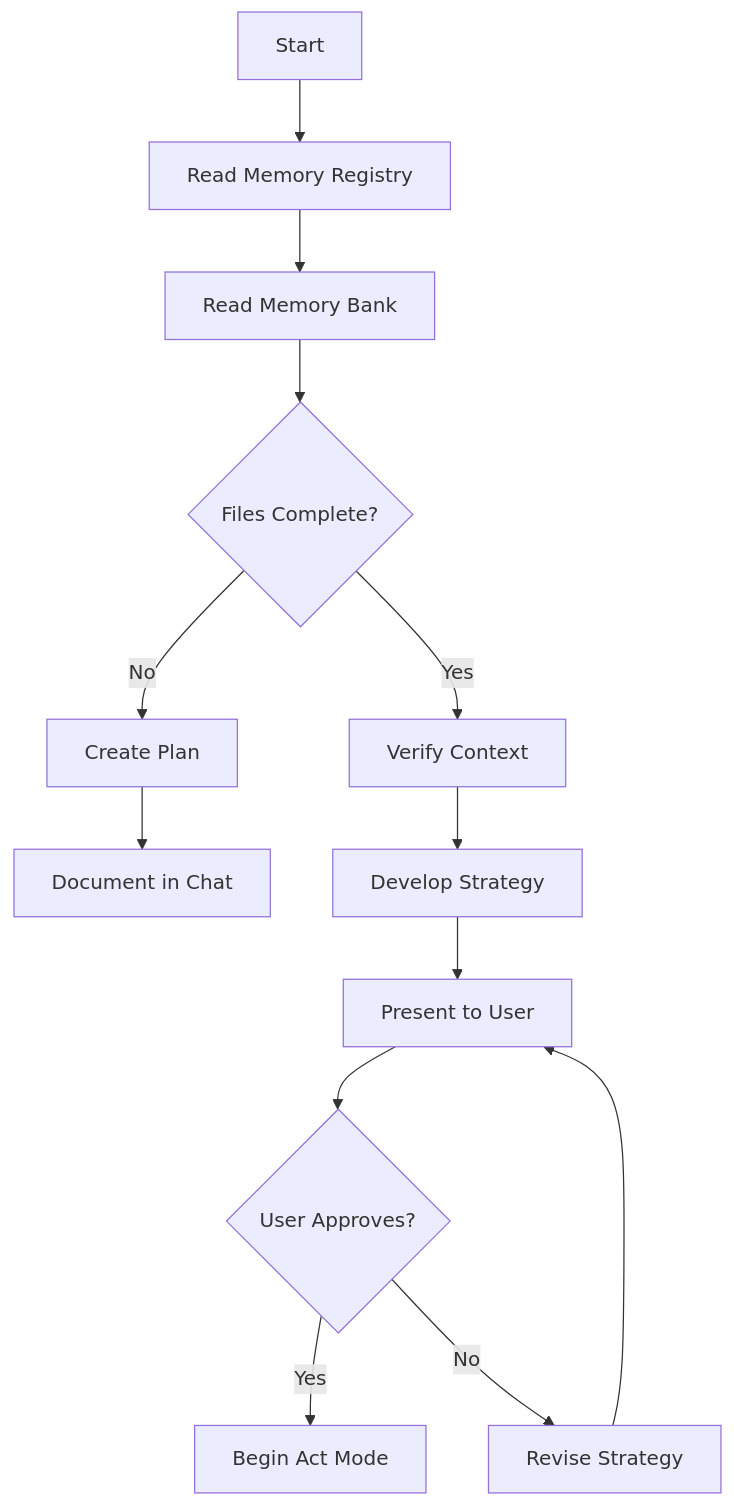
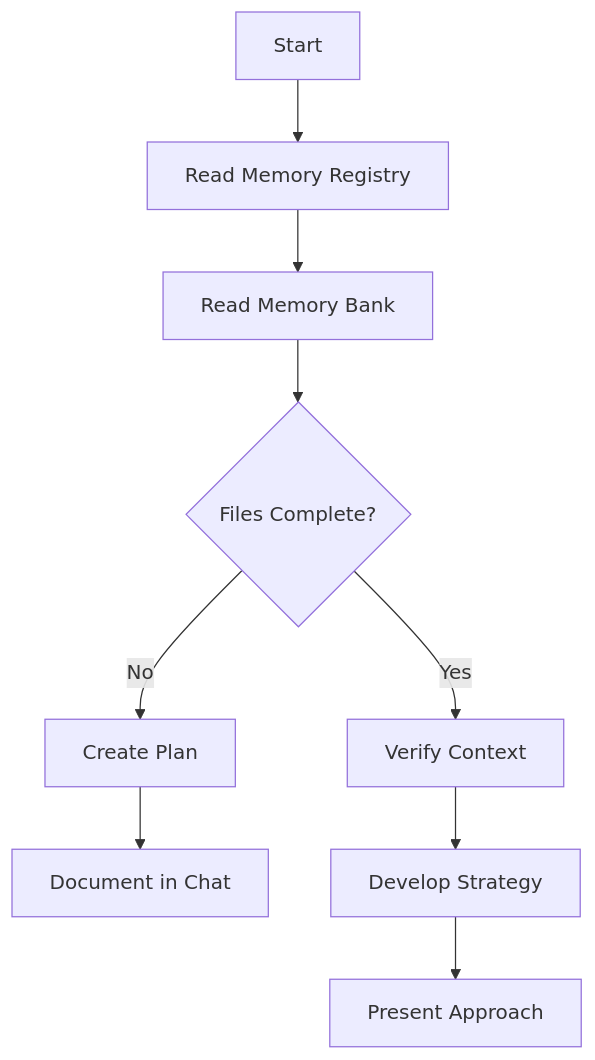
Before and after one commit to Inkmortal/LLM_Benchmarking: the second of 5 diagrams in Dan_Notes/Cline_Instructions.md, drawn with Mermaid. The commit also changed other lines of this file and 11 other files, not shown here.

Commit message:
implemented inital graphrag

````diff
--- a/Dan_Notes/Cline_Instructions.md
+++ b/Dan_Notes/Cline_Instructions.md
@@ -92,17 +91,13 @@
 ```mermaid
 flowchart TD
     Start[Start] --> Registry[Read Memory Registry]
     Registry --> ReadFiles[Read Memory Bank]
     ReadFiles --> CheckFiles{Files Complete?}
     
     CheckFiles -->|No| Plan[Create Plan]
     Plan --> Document[Document in Chat]
     
     CheckFiles -->|Yes| Verify[Verify Context]
     Verify --> Strategy[Develop Strategy]
-    Strategy --> Present[Present to User]
-    Present --> Confirm{User Approves?}
-    Confirm -->|Yes| Begin[Begin Act Mode]
-    Confirm -->|No| Revise[Revise Strategy]
-    Revise --> Present
+    Strategy --> Present[Present Approach]
 ```
````
